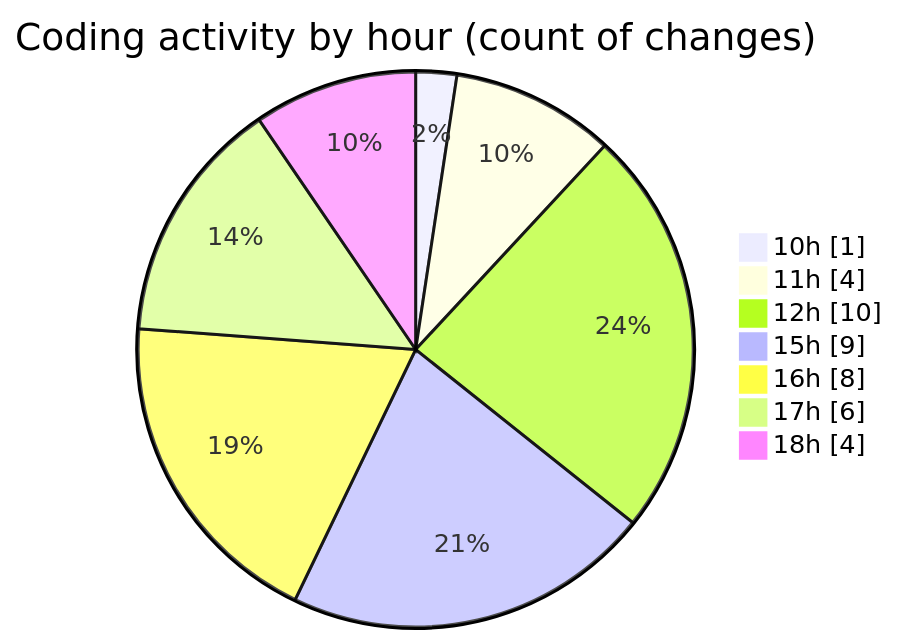
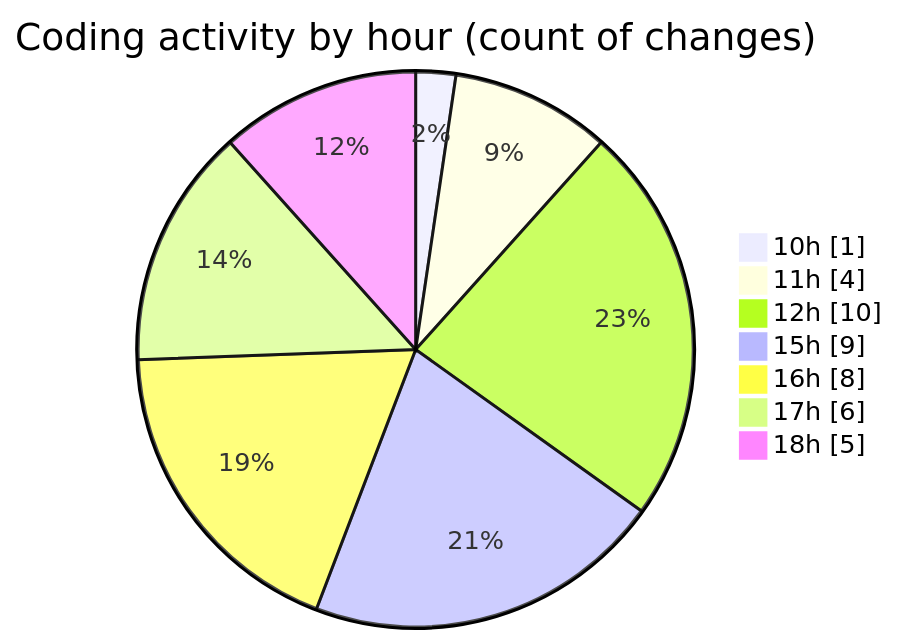
The second of 2 diagrams in 2025-10-08/untitled__workspace_/README.md (debugP/code-tracking), drawn with Mermaid before and after one commit. The commit also changed other lines of this file and 1 other file, not shown here.

````diff
--- a/2025-10-08/untitled__workspace_/README.md
+++ b/2025-10-08/untitled__workspace_/README.md
@@ -32,11 +32,11 @@
 ```mermaid
 pie showData
 title Coding activity by hour (count of changes)
 "10h" : 1
 "11h" : 4
 "12h" : 10
 "15h" : 9
 "16h" : 8
 "17h" : 6
-"18h" : 4
+"18h" : 5
 ```
````
